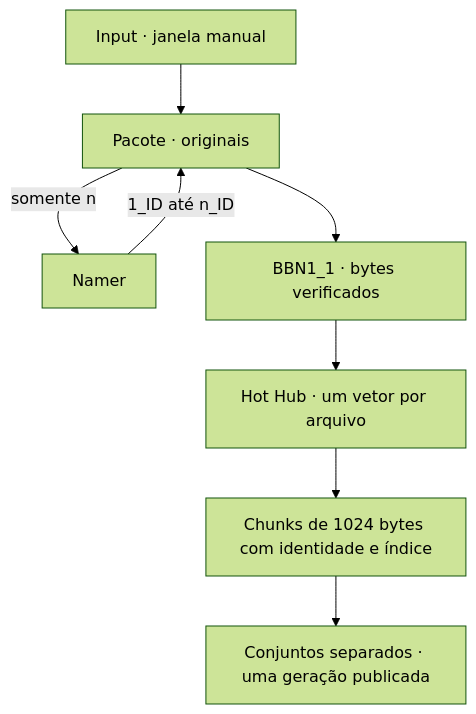
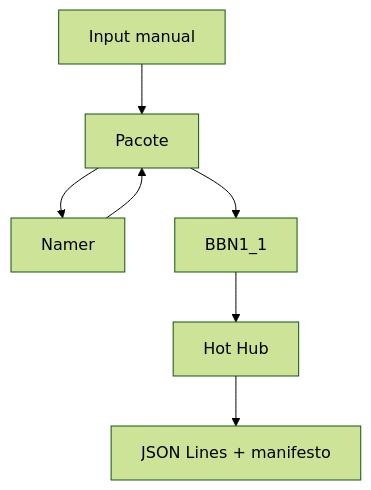
The first of 6 diagrams in README.md (Walc21/AI-MEMORY), drawn with Mermaid (forest theme) before and after one commit. The commit also changed other lines of this file, not shown here.

Commit message:
docs: document current byte-chunk pipeline and repair README diagrams

````diff
--- a/README.md
+++ b/README.md
@@ -9,10 +50,9 @@
 ```mermaid
 flowchart TB
-    I["Input · janela manual"] --> P["Pacote · originais"]
-    P -->|"somente n"| N["Namer"]
-    N -->|"1_ID até n_ID"| P
-    P --> B["BBN1_1 · bytes verificados"]
-    B --> H["Hot Hub · um vetor por arquivo"]
-    H --> C["Chunks de 1024 bytes com identidade e índice"]
-    C --> M["Conjuntos separados · uma geração publicada"]
+    I["Input manual"] --> P["Pacote"]
+    P --> N["Namer"]
+    N --> P
+    P --> B["BBN1_1"]
+    B --> H["Hot Hub"]
+    H --> J["JSON Lines + manifesto"]
 ```
````
